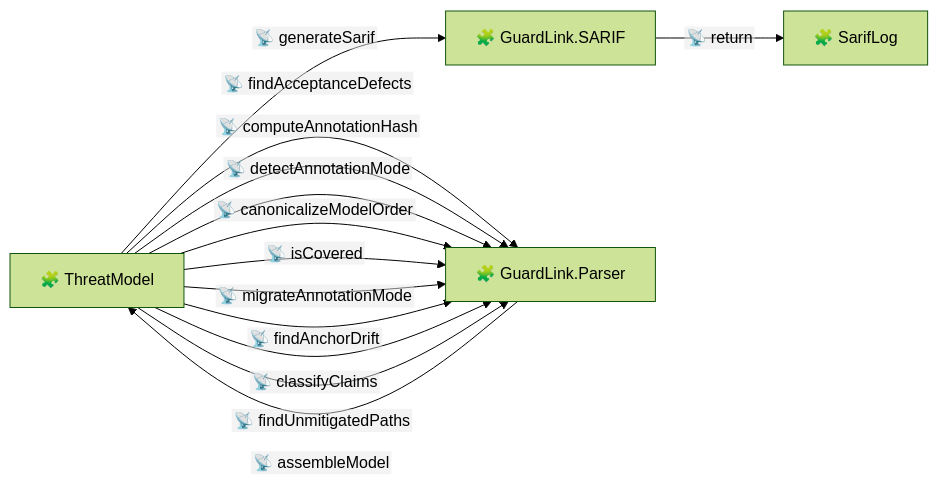
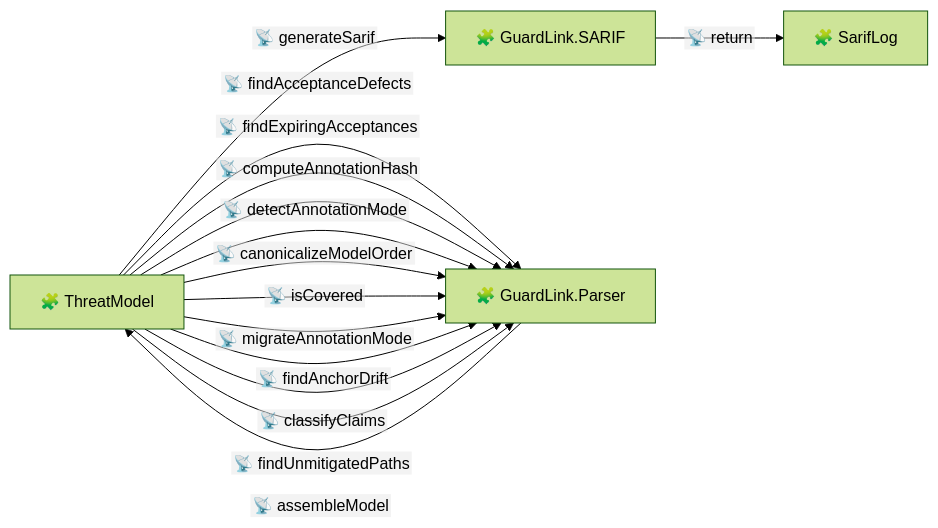
Before and after one commit to Bugb-Technologies/guardlink: the diagram in .guardlink/graph/by-asset/sarif.flows.mmd, drawn with Mermaid (forest theme). The commit also changed 60 other files, not shown here.

```diff
--- a/.guardlink/graph/by-asset/sarif.flows.mmd
+++ b/.guardlink/graph/by-asset/sarif.flows.mmd
@@ -1,29 +1,30 @@
 %% GENERATED FILE — do not edit. Regenerate with: guardlink artifacts .
 %% artifact:        by-asset/sarif.flows.mmd
 %% scope:           PARTIAL — #sarif and its flow neighbourhood, grown until the drawing stopped fitting — 21 neighbour(s) one hop out are not shown
-%% annotation_hash: sha256-v3:39b3f1e648d4b08fe8632ac7a8b74a62ad0afa5170f3345766b66901d4a244e1
+%% annotation_hash: sha256-v3:ff23bad8db4eb3f34bccc5435aae3a487aadaf576b5e080b77c7469538753fab
 %% generator:       guardlink@2.0.0
 %% ---
 %% This diagram is derived from the annotations in this repository. If
 %% annotation_hash above differs from what `guardlink status .` reports, the
 %% diagram is STALE — regenerate rather than trusting it.
 %% When it was generated and at which commit: ask git. Those move for reasons
 %% unrelated to the diagram, so they are reported at emission time, not stored.
 %%{init: {"flowchart": {"nodeSpacing": 44, "rankSpacing": 58, "curve": "basis", "htmlLabels": false}}}%%
 graph LR
   threatmodel["🧩 ThreatModel"]
   sarif["🧩 GuardLink.SARIF"]
   sariflog["🧩 SarifLog"]
   parser["🧩 GuardLink.Parser"]
   threatmodel -- "📡 generateSarif" --> sarif
   sarif -- "📡 return" --> sariflog
   threatmodel -- "📡 findAcceptanceDefects" --> parser
+  threatmodel -- "📡 findExpiringAcceptances" --> parser
   threatmodel -- "📡 computeAnnotationHash" --> parser
   threatmodel -- "📡 detectAnnotationMode" --> parser
   threatmodel -- "📡 canonicalizeModelOrder" --> parser
   threatmodel -- "📡 isCovered" --> parser
   threatmodel -- "📡 migrateAnnotationMode" --> parser
   parser -- "📡 assembleModel" --> threatmodel
   threatmodel -- "📡 findAnchorDrift" --> parser
   threatmodel -- "📡 classifyClaims" --> parser
   threatmodel -- "📡 findUnmitigatedPaths" --> parser
```
